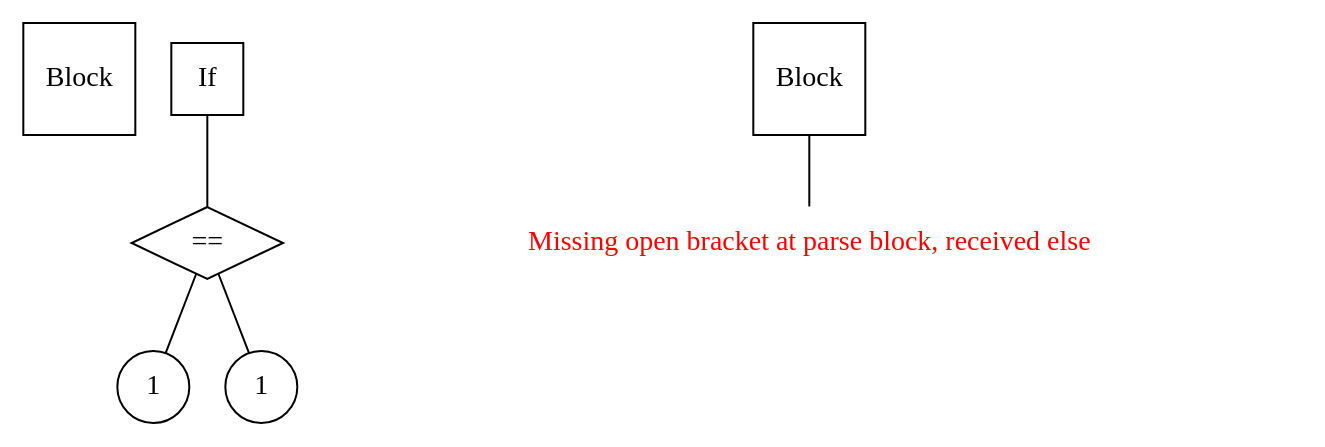
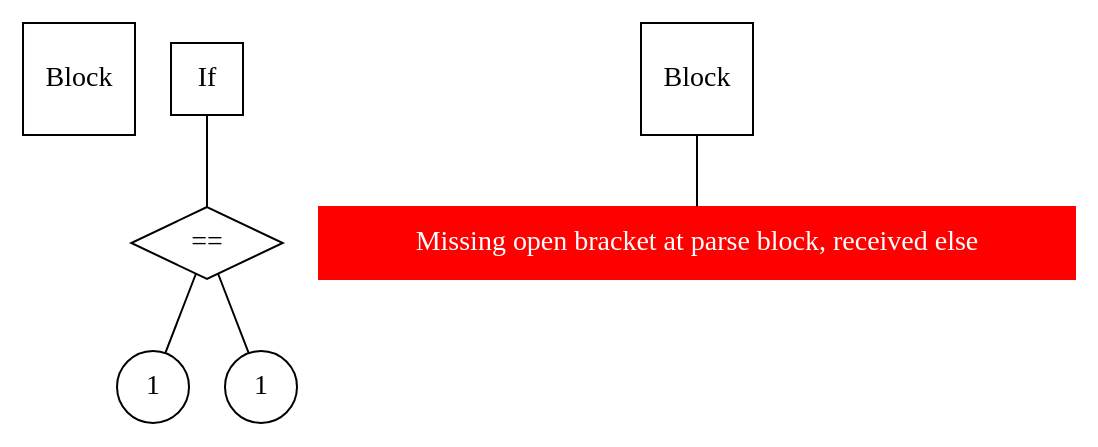
Before and after one commit to cemmanuelsr/compiler: the diagram in graphs/dot/test_11.dot, drawn with Graphviz. The commit also changed 6 other files, not shown here.

```diff
--- a/graphs/dot/test_11.dot
+++ b/graphs/dot/test_11.dot
@@ -1,14 +1,14 @@
 graph g {
 n0 [label = "Block", shape="square"]
 n1 [label = "If", shape="square"]
 n2 [label = "1", shape="circle"]
 n3 [label = "==", shape="diamond"]
 n4 [label = "1", shape="circle"]
 n5 [label = "Block", shape="square"]
-error [label = "Missing open bracket at parse block, received else", color="white", style="filled", fontcolor="red"]
+error [label = "Missing open bracket at parse block, received else", color="red", style="filled", shape="box", fontcolor="white"]
 
 "n3" -- "n2"
 "n3" -- "n4"
 "n1" -- "n3"
 "n5" -- "error"
 }
```
